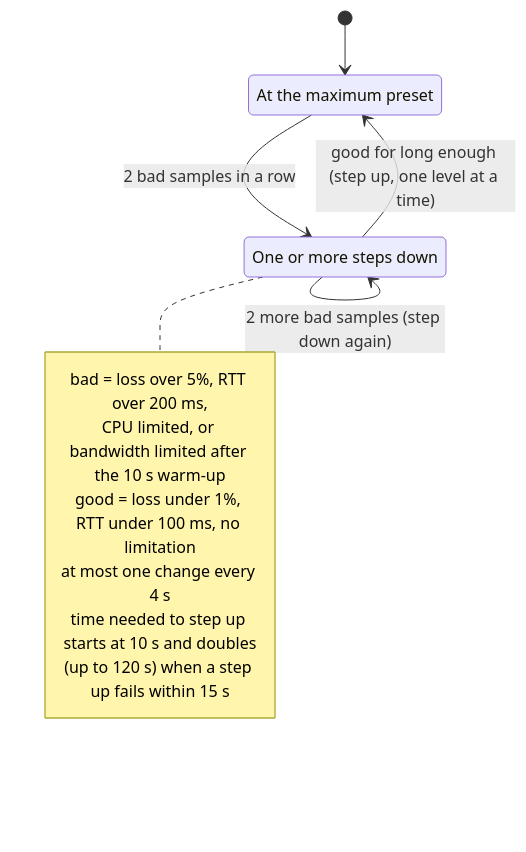
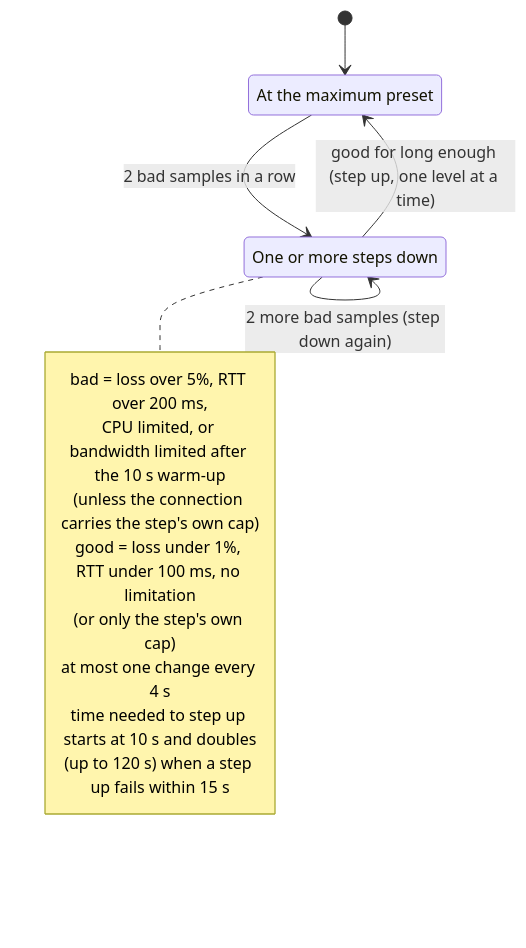
The fourth of 6 diagrams in docs/en-US/media-pipeline.md (nsfxu/lan-screenshare), drawn with Mermaid before and after one commit. The commit also changed other lines of this file and 6 other files, not shown here.

````diff
--- a/docs/en-US/media-pipeline.md
+++ b/docs/en-US/media-pipeline.md
@@ -134,17 +134,19 @@
 ```mermaid
 stateDiagram-v2
   [*] --> Level0
   Level0: At the maximum preset
   Lower: One or more steps down
   Level0 --> Lower: 2 bad samples in a row
   Lower --> Lower: 2 more bad samples (step down again)
   Lower --> Level0: good for long enough (step up, one level at a time)
   note right of Lower
     bad = loss over 5%, RTT over 200 ms,
     CPU limited, or bandwidth limited after the 10 s warm-up
+    (unless the connection carries the step's own cap)
     good = loss under 1%, RTT under 100 ms, no limitation
+    (or only the step's own cap)
     at most one change every 4 s
     time needed to step up starts at 10 s and doubles
     (up to 120 s) when a step up fails within 15 s
   end note
 ```
````
